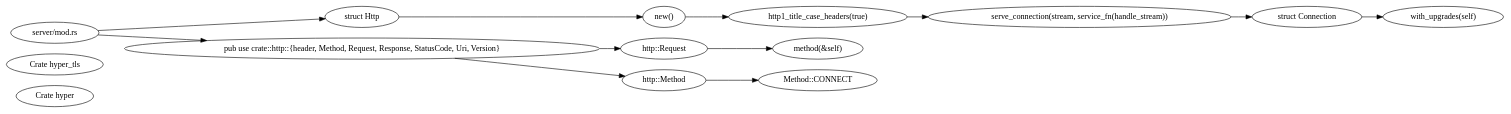
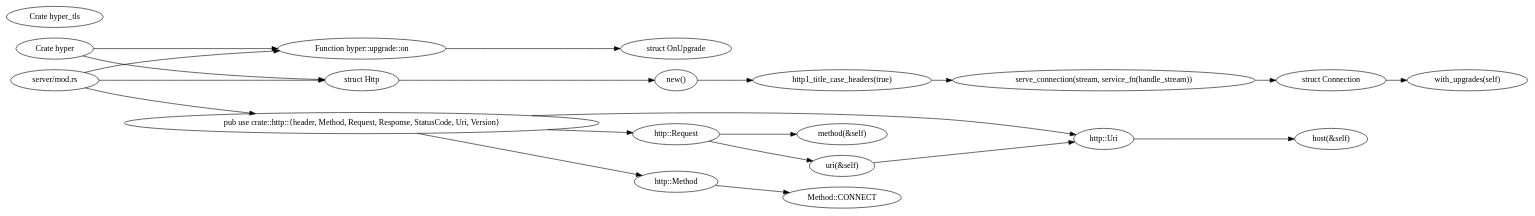
The diagram in docs/deps/hyper.b.dot (softtiny/proxy.rs), drawn with Graphviz before and after one commit. The commit also changed 6 other files, not shown here.

```diff
--- a/docs/deps/hyper.b.dot
+++ b/docs/deps/hyper.b.dot
@@ -1,17 +1,24 @@
 digraph {
     graph [ 
         rankdir=LR,
     ]
     "hyper" [label="Crate hyper"]
     "hyper_tls" [label="Crate hyper_tls"]
     "Http" [label="struct Http"]
+    "on"   [label="Function hyper::upgrade::on"]
+    "OnUpgrade" [label="struct OnUpgrade"]
     "Connection" [label="struct Connection"]
     "crate_http" [label="pub use crate::http::{header, Method, Request, Response, StatusCode, Uri, Version}"]
     "Http" -> "new()" -> "http1_title_case_headers(true)" -> "serve_connection(stream, service_fn(handle_stream))" -> "Connection"
     "Connection" -> "with_upgrades(self)"
     "crate_http" -> "http::Request" -> "method(&self)"
     "crate_http" -> "http::Method" -> "Method::CONNECT"
+    "crate_http" -> "http::Uri" -> "host(&self)"
+    "http::Request" -> "uri(&self)" -> "http::Uri"
+    "hyper" -> "Http"
+    "hyper" -> "on" -> "OnUpgrade"
 
     "server/mod.rs" -> "Http"
     "server/mod.rs" -> "crate_http"
+    "server/mod.rs" -> "on"
 }
```
